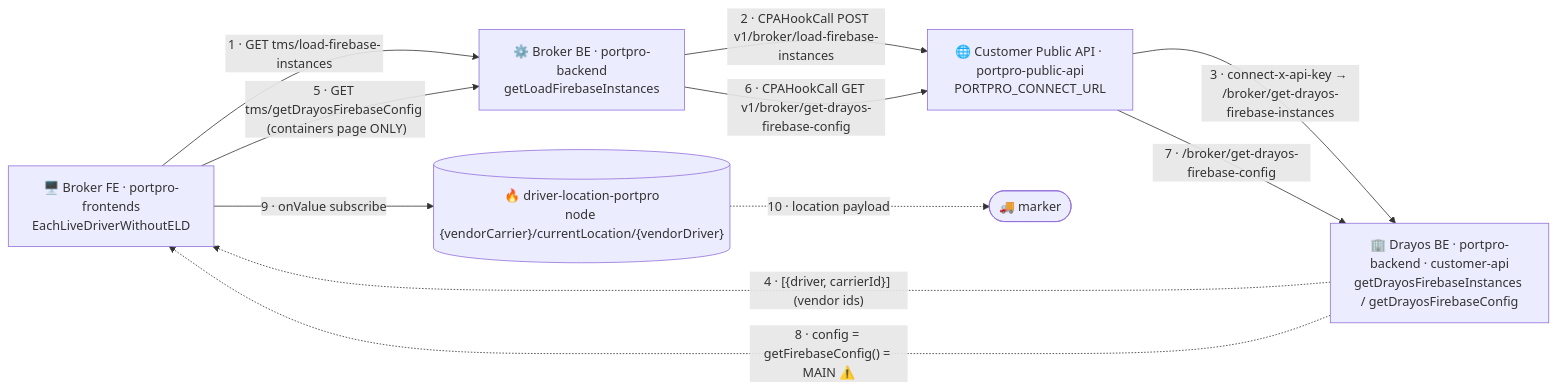
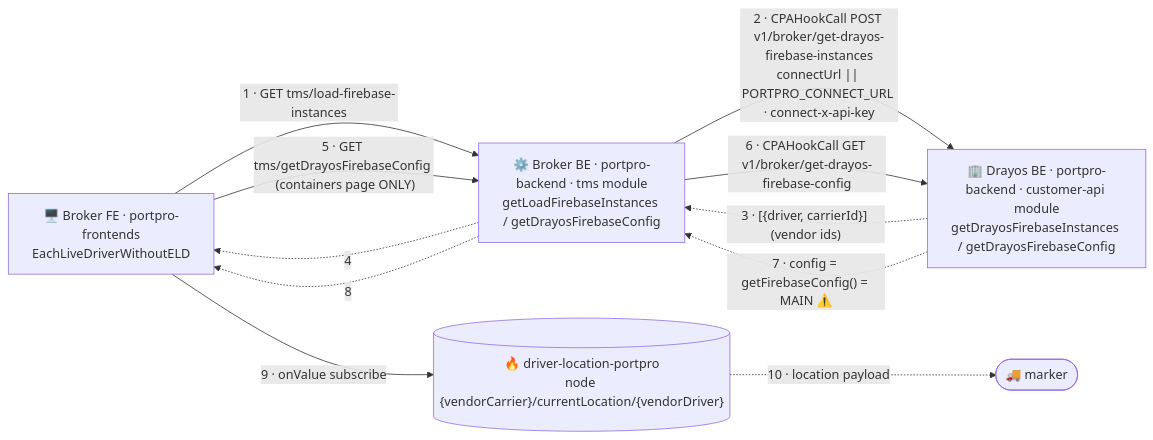
The second of 3 diagrams in raw/Live Tracking Architecture/02 - Flow 2 - Broker to Connected Carrier.md (lamadev7/Obsidian-Vault), drawn with Mermaid before and after one commit. The commit also changed other lines of this file and 3 other files, not shown here.

Commit message:
Correct hop chain: no portpro-public-api layer; Connect API = portpro-backend customer-api on Drayos BE

````diff
--- a/raw/Live Tracking Architecture/02 - Flow 2 - Broker to Connected Carrier.md
+++ b/raw/Live Tracking Architecture/02 - Flow 2 - Broker to Connected Carrier.md
@@ -28,22 +30,21 @@
 ```mermaid
 flowchart LR
   FE["🖥️ Broker FE · portpro-frontends<br/>EachLiveDriverWithoutELD"]
-  BE["⚙️ Broker BE · portpro-backend<br/>getLoadFirebaseInstances"]
-  PA["🌐 Customer Public API · portpro-public-api<br/>PORTPRO_CONNECT_URL"]
-  DE["🏢 Drayos BE · portpro-backend · customer-api<br/>getDrayosFirebaseInstances / getDrayosFirebaseConfig"]
+  BE["⚙️ Broker BE · portpro-backend · tms module<br/>getLoadFirebaseInstances / getDrayosFirebaseConfig"]
+  DE["🏢 Drayos BE · portpro-backend · customer-api module<br/>getDrayosFirebaseInstances / getDrayosFirebaseConfig"]
   FB[("🔥 driver-location-portpro<br/>node {vendorCarrier}/currentLocation/{vendorDriver}")]
   MK(["🚚 marker"])
 
   FE -->|"1 · GET tms/load-firebase-instances"| BE
-  BE -->|"2 · CPAHookCall POST v1/broker/load-firebase-instances"| PA
-  PA -->|"3 · connect-x-api-key → /broker/get-drayos-firebase-instances"| DE
-  DE -.->|"4 · [{driver, carrierId}] (vendor ids)"| FE
+  BE -->|"2 · CPAHookCall POST v1/broker/get-drayos-firebase-instances<br/>connectUrl || PORTPRO_CONNECT_URL · connect-x-api-key"| DE
+  DE -.->|"3 · [{driver, carrierId}] (vendor ids)"| BE
+  BE -.->|"4"| FE
 
   FE -->|"5 · GET tms/getDrayosFirebaseConfig  (containers page ONLY)"| BE
-  BE -->|"6 · CPAHookCall GET v1/broker/get-drayos-firebase-config"| PA
-  PA -->|"7 · /broker/get-drayos-firebase-config"| DE
-  DE -.->|"8 · config = getFirebaseConfig() = MAIN ⚠️"| FE
+  BE -->|"6 · CPAHookCall GET v1/broker/get-drayos-firebase-config"| DE
+  DE -.->|"7 · config = getFirebaseConfig() = MAIN ⚠️"| BE
+  BE -.->|"8"| FE
 
   FE -->|"9 · onValue subscribe"| FB
   FB -.->|"10 · location payload"| MK
 ```
````
